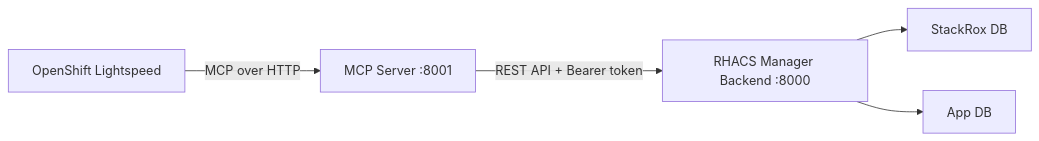
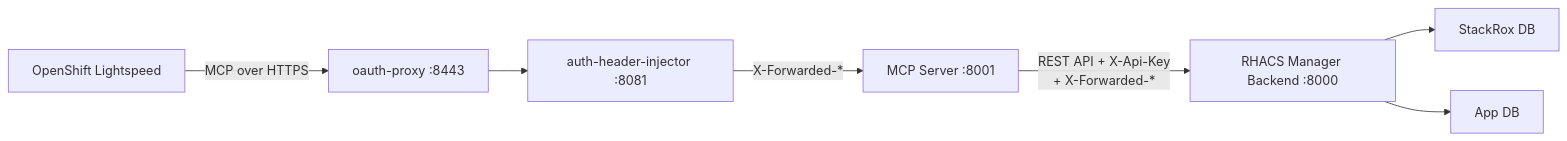
The diagram in docs/mcp-server.md (dadav/rhacs-manager), drawn with Mermaid before and after one commit. The commit also changed other lines of this file and 13 other files, not shown here.

Commit message:
fix: Adjust mcp flow

````diff
--- a/docs/mcp-server.md
+++ b/docs/mcp-server.md
@@ -9,7 +9,9 @@
 ```mermaid
 graph LR
-    A[OpenShift Lightspeed] -->|MCP over HTTP| B[MCP Server :8001]
-    B -->|REST API + Bearer token| C[RHACS Manager Backend :8000]
-    C --> D[StackRox DB]
-    C --> E[App DB]
+    A[OpenShift Lightspeed] -->|MCP over HTTPS| B[oauth-proxy :8443]
+    B --> C[auth-header-injector :8081]
+    C -->|"X-Forwarded-*"| D[MCP Server :8001]
+    D -->|"REST API + X-Api-Key<br/>+ X-Forwarded-*"| E[RHACS Manager Backend :8000]
+    E --> F[StackRox DB]
+    E --> G[App DB]
 ```
````
